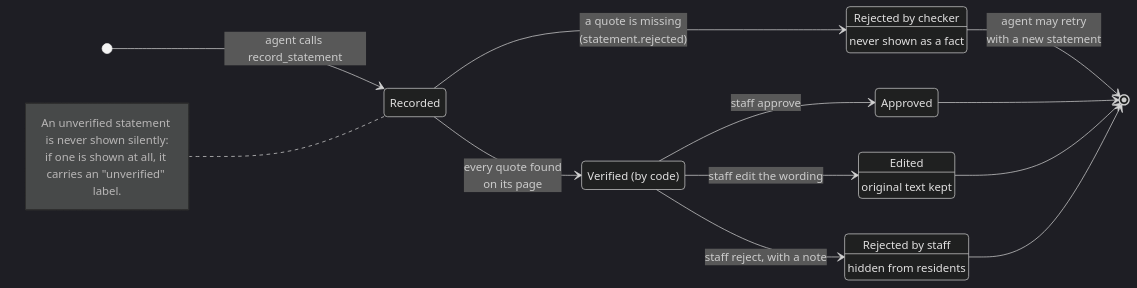
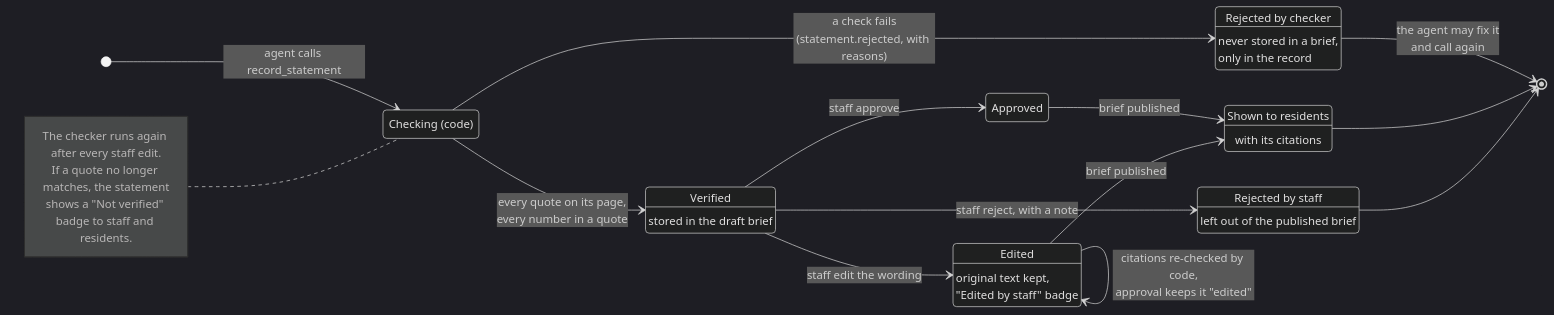
One commit to RichardLi-1/municipal-agents changed the diagram in docs/uml/state-statement.mmd. Above: the diagram before and after it, drawn with Mermaid (dark theme). The commit also changed 81 other files, not shown here.

Commit message:
Write the README with screenshots, finish the requirements, UML, architecture, code tour and references, fill the readiness report with measured costs, count housing progress the province's way, and name construction sites by land use instead of businesses

```diff
--- a/docs/uml/state-statement.mmd
+++ b/docs/uml/state-statement.mmd
@@ -1,27 +1,34 @@
 %% State machine of one statement: checked by code first, then by staff.
+%% agents/tools.ts (record_statement) and server/routes/staff.ts (review).
 stateDiagram-v2
   direction LR
-  [*] --> Recorded : agent calls record_statement
-  Recorded --> Verified : every quote found<br/>on its page
-  Recorded --> RejectedByChecker : a quote is missing<br/>(statement.rejected)
-  RejectedByChecker --> [*] : agent may retry<br/>with a new statement
+  [*] --> Checking : agent calls record_statement
+  Checking --> Verified : every quote on its page,<br/>every number in a quote
+  Checking --> RejectedByChecker : a check fails<br/>(statement.rejected, with reasons)
+  RejectedByChecker --> [*] : the agent may fix it<br/>and call again
   Verified --> Approved : staff approve
   Verified --> Edited : staff edit the wording
   Verified --> RejectedByStaff : staff reject, with a note
-  Approved --> [*]
-  Edited --> [*]
+  Edited --> Edited : citations re-checked by code,<br/>approval keeps it "edited"
+  Approved --> Shown : brief published
+  Edited --> Shown : brief published
+  Shown --> [*]
   RejectedByStaff --> [*]
 
-  Recorded : Recorded
-  Verified : Verified (by code)
+  Checking : Checking (code)
+  Verified : Verified
+  Verified : stored in the draft brief
   RejectedByChecker : Rejected by checker
-  RejectedByChecker : never shown as a fact
+  RejectedByChecker : never stored in a brief,<br/>only in the record
   Approved : Approved
   Edited : Edited
-  Edited : original text kept
+  Edited : original text kept,<br/>"Edited by staff" badge
   RejectedByStaff : Rejected by staff
-  RejectedByStaff : hidden from residents
-  note left of Recorded
-    An unverified statement is never shown silently:
-    if one is shown at all, it carries an "unverified" label.
+  RejectedByStaff : left out of the published brief
+  Shown : Shown to residents
+  Shown : with its citations
+  note left of Checking
+    The checker runs again after every staff edit.
+    If a quote no longer matches, the statement
+    shows a "Not verified" badge to staff and residents.
   end note
```
